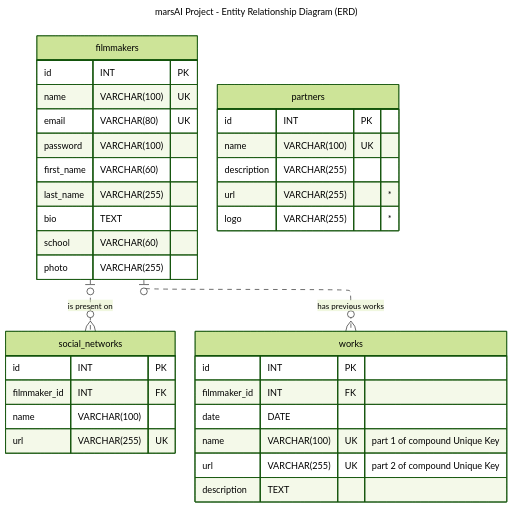
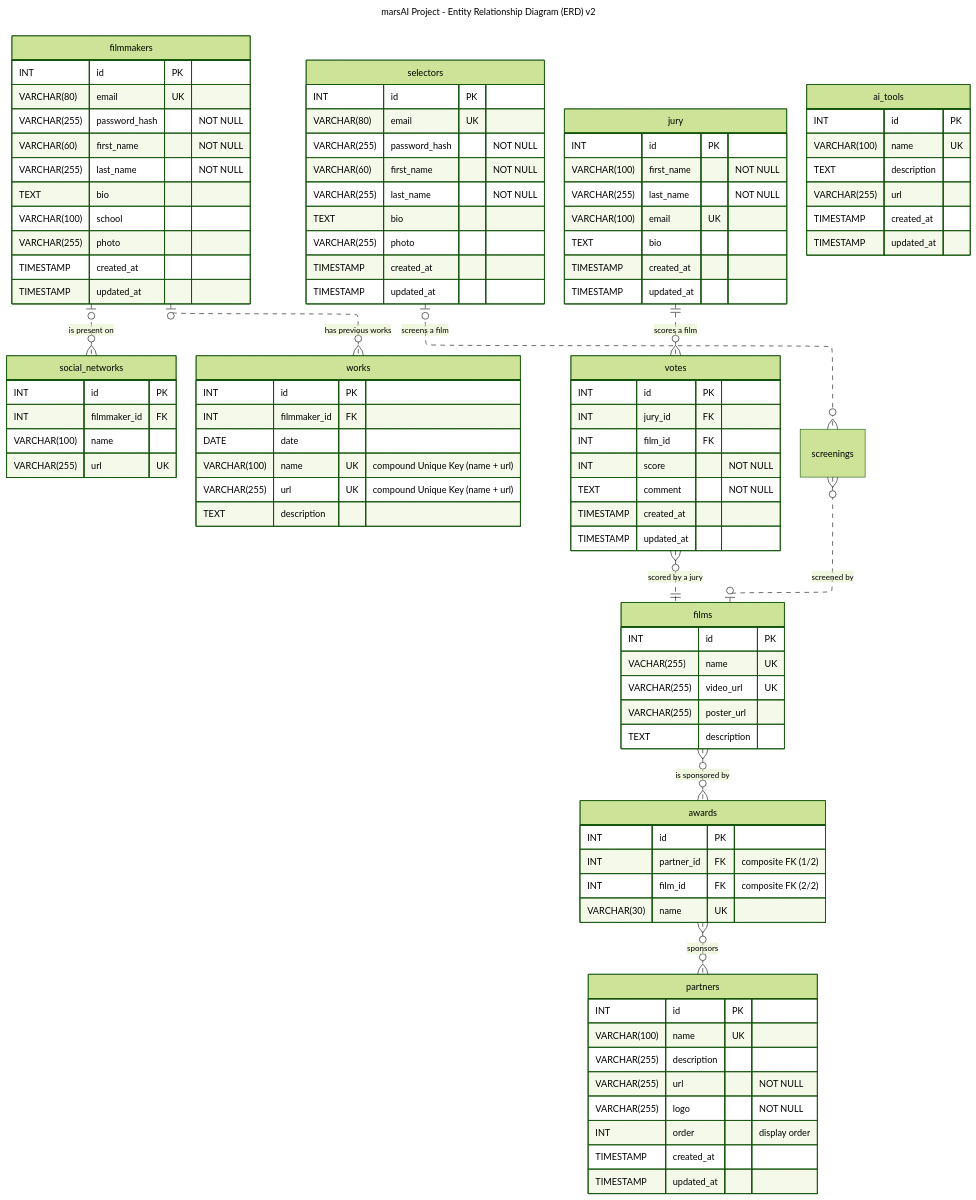
The first of 2 diagrams in README.md (ebouchut/mars-ai-project), drawn with Mermaid (forest theme) before and after one commit. The commit also changed other lines of this file, not shown here.

Commit message:
docs(README): Update ERD + ...

````diff
--- a/README.md
+++ b/README.md
@@ -134,43 +144,108 @@
 ```mermaid
 ---
-title: marsAI Project - Entity Relationship Diagram (ERD)
+title: marsAI Project - Entity Relationship Diagram (ERD) v2
 config:
     layout: elk
 ---
 erDiagram
+    films {
+      INT            id            PK
+      VACHAR(255)    name          UK
+      VARCHAR(255)   video_url     UK
+      VARCHAR(255)   poster_url
+      TEXT           description
+    }
     filmmakers {
-        id            INT           PK
-        name          VARCHAR(100)  UK
-        email         VARCHAR(80)   UK
-        password      VARCHAR(100)
-        first_name    VARCHAR(60)
-        last_name     VARCHAR(255)
-        bio           TEXT
-        school        VARCHAR(60)
-        photo         VARCHAR(255)
+        INT           id            PK
+        VARCHAR(80)   email         UK
+        VARCHAR(255)  password_hash     "NOT NULL"
+        VARCHAR(60)   first_name        "NOT NULL"
+        VARCHAR(255)  last_name          "NOT NULL"
+        TEXT          bio
+        VARCHAR(100)   school
+        VARCHAR(255)  photo
+        TIMESTAMP     created_at
+        TIMESTAMP     updated_at
+    }
+    selectors {
+        INT           id            PK
+        VARCHAR(80)   email         UK
+        VARCHAR(255)  password_hash     "NOT NULL"
+        VARCHAR(60)   first_name        "NOT NULL"
+        VARCHAR(255)  last_name          "NOT NULL"
+        TEXT          bio
+        VARCHAR(255)  photo
+        TIMESTAMP     created_at
+        TIMESTAMP     updated_at
     }
     social_networks {
-        id            INT           PK
-        filmmaker_id  INT           FK
-        name          VARCHAR(100)
-        url           VARCHAR(255)  UK
+        INT           id            PK
+        INT           filmmaker_id  FK
+        VARCHAR(100)  name
+        VARCHAR(255)  url           UK
     }
     works {
-        id            INT           PK
-        filmmaker_id  INT           FK
-        date          DATE
-        name          VARCHAR(100)  UK "part 1 of compound Unique Key"
-        url           VARCHAR(255)  UK "part 2 of compound Unique Key"
-        description   TEXT
+        INT           id            PK
+        INT           filmmaker_id  FK
+        DATE          date
+        VARCHAR(100)  name          UK "compound Unique Key (name + url)"
+        VARCHAR(255)  url           UK "compound Unique Key (name + url)"
+        TEXT          description
+    }
+    jury {
+        INT           id            PK
+        VARCHAR(100) first_name         "NOT NULL"
+        VARCHAR(255) last_name          "NOT NULL"
+        VARCHAR(100) email          UK
+        TEXT         bio
+        TIMESTAMP    created_at
+        TIMESTAMP    updated_at
+    }
+    votes {
+        INT           id            PK
+
+        INT           jury_id       FK
+        INT           film_id       FK
+
+        INT           score            "NOT NULL"
+        TEXT          comment          "NOT NULL"
+        TIMESTAMP     created_at
+        TIMESTAMP     updated_at
     }
     partners {
-        id            INT           PK
-        name          VARCHAR(100)  UK
-        description   VARCHAR(255)
-        url           VARCHAR(255) "*"
-        logo          VARCHAR(255) "*"
+        INT           id            PK
+        VARCHAR(100)  name          UK
+        VARCHAR(255)  description
+        VARCHAR(255)  url              "NOT NULL"
+        VARCHAR(255)  logo             "NOT NULL"
+        INT           order            "display order"
+        TIMESTAMP     created_at
+        TIMESTAMP     updated_at
+    }
+    ai_tools {
+        INT           id            PK
+        VARCHAR(100)  name          UK
+        TEXT          description
+        VARCHAR(255)  url
+        TIMESTAMP     created_at
+        TIMESTAMP     updated_at
+    }
+    awards {
+      INT             id           PK
+      INT             partner_id   FK "composite FK (1/2)"
+      INT             film_id      FK "composite FK    (2/2)"
+      VARCHAR(30)     name         UK
     }
 
-    filmmakers |o ..o{ social_networks : "is present on"
-    filmmakers |o ..o{ works           : "has previous works"
+    filmmakers o|..o{ social_networks : "is present on"
+    filmmakers o|..o{ works           : "has previous works"
+    
+    jury       ||..o{ votes           : "scores a film"
+    votes      o{..|| films           : "scored by a jury" 
+    
+    selectors  o|..o{ screenings      : "screens a film"
+    screenings o{..o| films           : "screened by"
+    
+    films      o{..}o awards           : "is sponsored by"
+    awards     o{..}o partners         : "sponsors"
 ```
````
